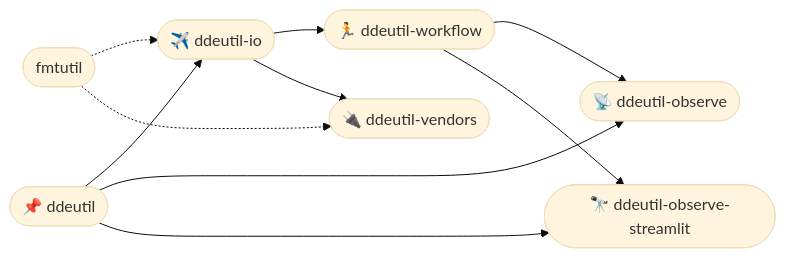
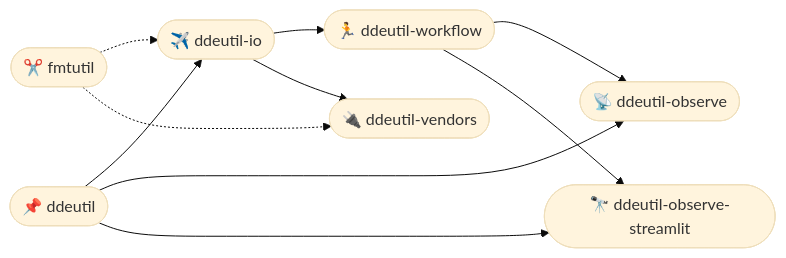
One commit to ddeutils/.github changed the diagram in profile/README.md. Above: the diagram before and after it, drawn with Mermaid (base theme). The commit also changed other lines of this file, not shown here.

````diff
--- a/profile/README.md
+++ b/profile/README.md
@@ -5,10 +5,10 @@
 ```mermaid
 flowchart LR
    1([📌 ddeutil]) --> 2([✈️ ddeutil-io]) --> 3([🏃 ddeutil-workflow]) --> 4([📡 ddeutil-observe])
    1 --> 4
    2 --> 5([🔌 ddeutil-vendors])
    3 --> 6([🔭 ddeutil-observe-streamlit])
    1 --> 6
-   0([fmtutil]) -.-> 2
+   0([✂️ fmtutil]) -.-> 2
    0 -.-> 5
 ```
````
